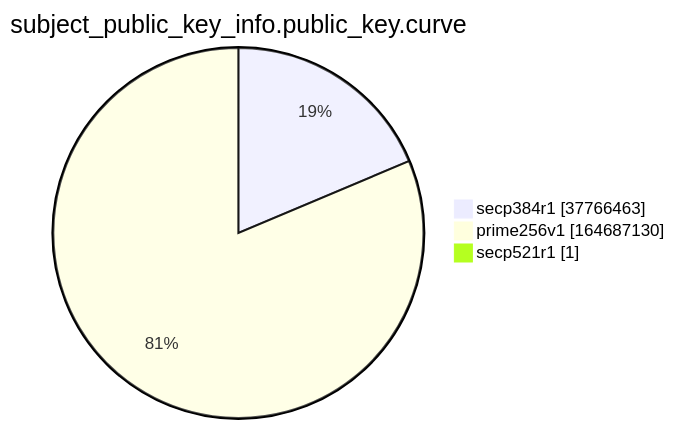
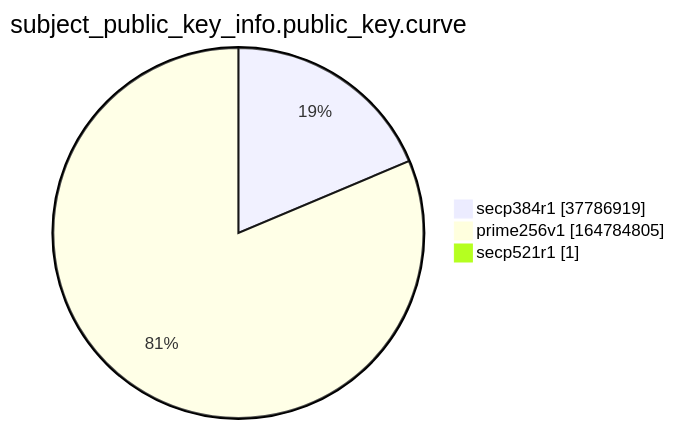
Before and after one commit to christiankrug/ctmonitor_visualization: the ninth of 15 diagrams in argon2022/README.md, drawn with Mermaid. The commit also changed other lines of this file, not shown here.

````diff
--- a/argon2022/README.md
+++ b/argon2022/README.md
@@ -2766,7 +2766,7 @@
 ```mermaid
 pie showData
 title subject_public_key_info.public_key.curve
-"secp384r1" :37766463
-"prime256v1" :164687130
+"secp384r1" :37786919
+"prime256v1" :164784805
 "secp521r1" :1
 ```
````
